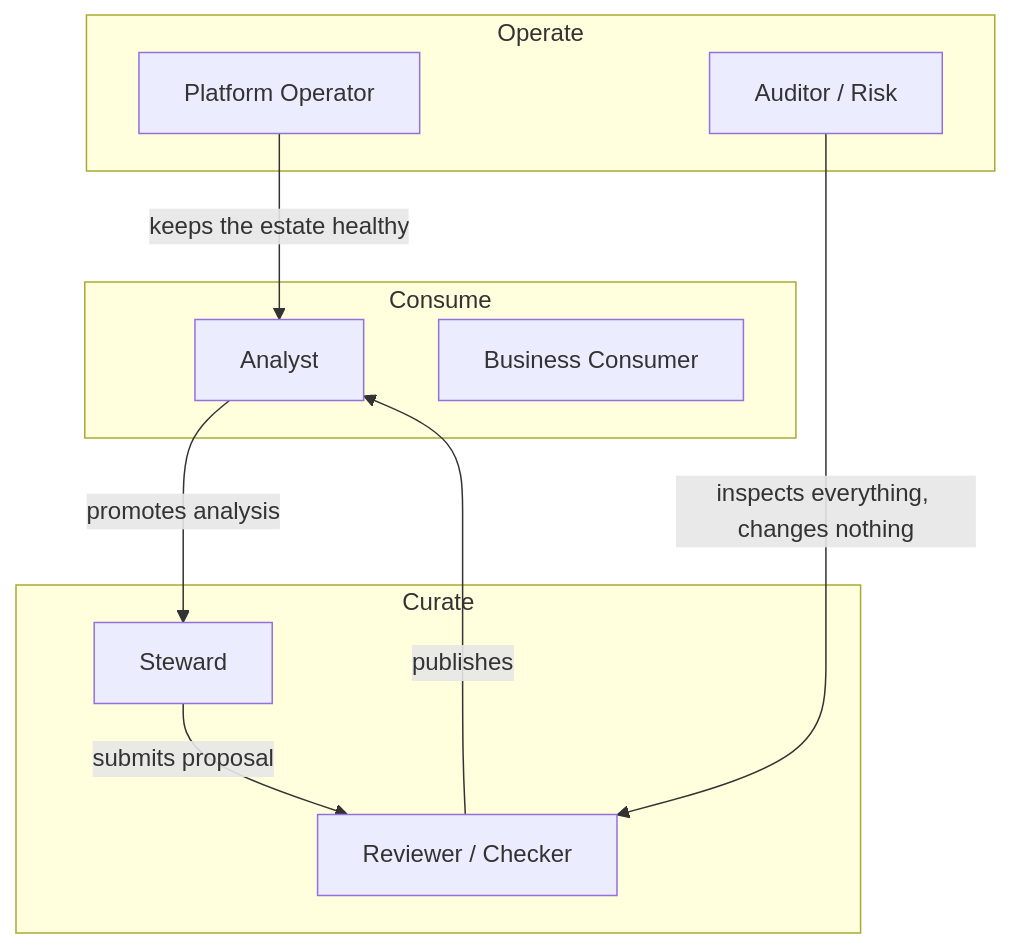
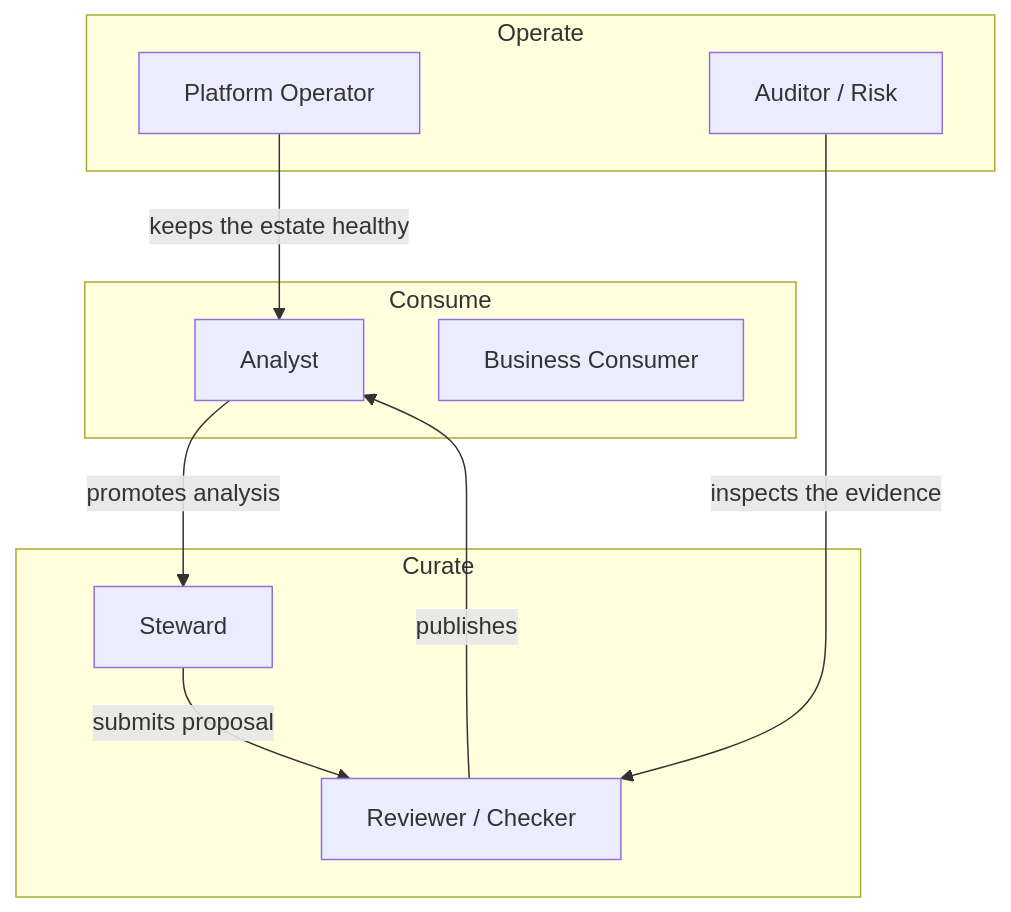
One commit to karuppusamym/AIDataAnalyst changed the diagram in Docs/00-product/02-personas-and-jobs.md. Above: the diagram before and after it, drawn with Mermaid. The commit also changed other lines of this file and 67 other files, not shown here.

````diff
--- a/Docs/00-product/02-personas-and-jobs.md
+++ b/Docs/00-product/02-personas-and-jobs.md
@@ -19,20 +21,20 @@
 ```mermaid
 flowchart TB
     subgraph Consume
       AN[Analyst]
       BU[Business Consumer]
     end
     subgraph Curate
       ST[Steward]
       RV[Reviewer / Checker]
     end
     subgraph Operate
       PO[Platform Operator]
       AU[Auditor / Risk]
     end
     AN -->|"promotes analysis"| ST
     ST -->|"submits proposal"| RV
     RV -->|"publishes"| AN
     PO -->|"keeps the estate healthy"| AN
-    AU -->|"inspects everything, changes nothing"| RV
+    AU -->|"inspects the evidence"| RV
 ```
````
